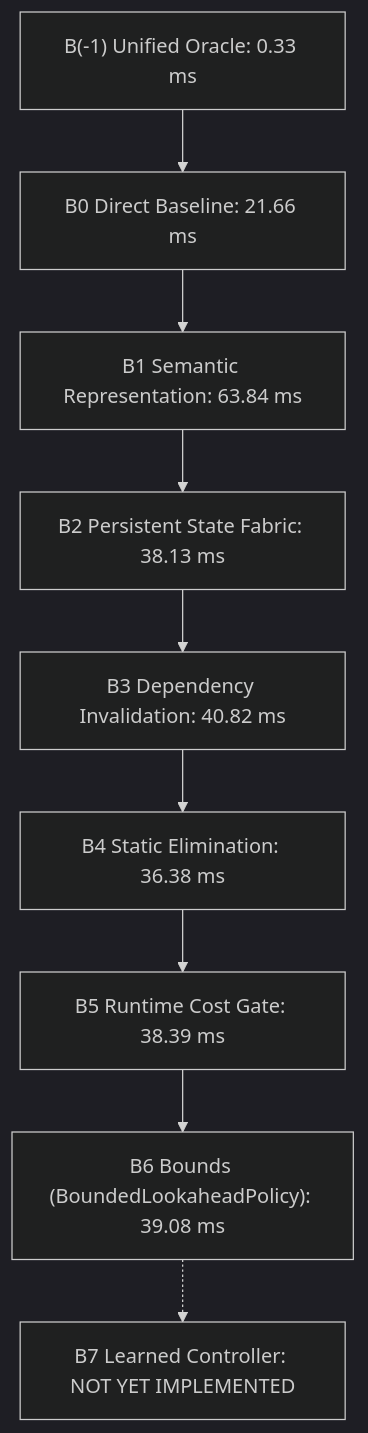
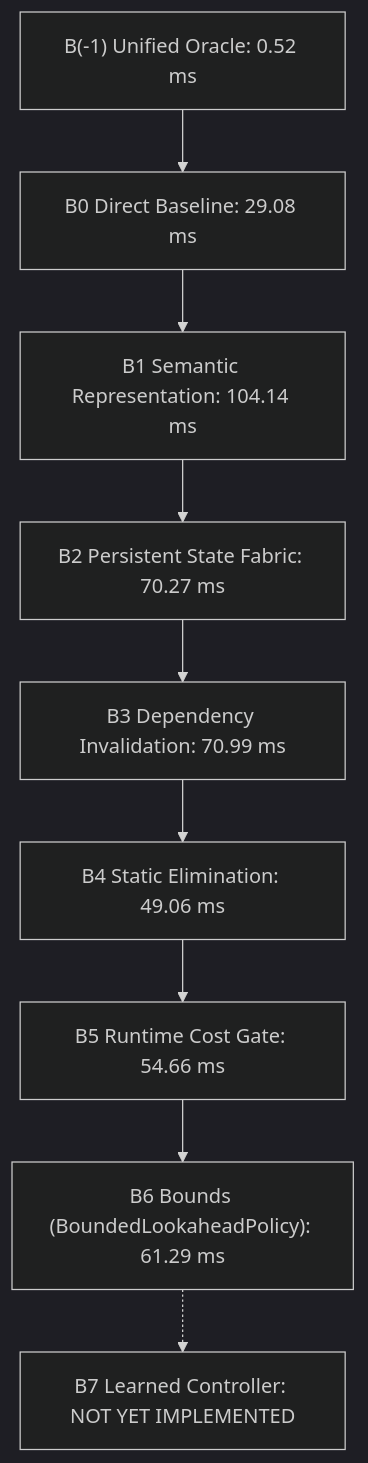
Before and after one commit to PrivateAccount-01/CNE: the second of 2 diagrams in docs/BENCHMARK_REPORT.md, drawn with Mermaid (dark theme). The commit also changed other lines of this file and 6 other files, not shown here.

````diff
--- a/docs/BENCHMARK_REPORT.md
+++ b/docs/BENCHMARK_REPORT.md
@@ -87,11 +88,11 @@
 ```mermaid
 graph TD
-    Bm1["B(-1) Unified Oracle: 0.33 ms"] --> B0["B0 Direct Baseline: 21.66 ms"]
-    B0 --> B1["B1 Semantic Representation: 63.84 ms"]
-    B1 --> B2["B2 Persistent State Fabric: 38.13 ms"]
-    B2 --> B3["B3 Dependency Invalidation: 40.82 ms"]
-    B3 --> B4["B4 Static Elimination: 36.38 ms"]
-    B4 --> B5["B5 Runtime Cost Gate: 38.39 ms"]
-    B5 --> B6["B6 Bounds (BoundedLookaheadPolicy): 39.08 ms"]
+    Bm1["B(-1) Unified Oracle: 0.52 ms"] --> B0["B0 Direct Baseline: 29.08 ms"]
+    B0 --> B1["B1 Semantic Representation: 104.14 ms"]
+    B1 --> B2["B2 Persistent State Fabric: 70.27 ms"]
+    B2 --> B3["B3 Dependency Invalidation: 70.99 ms"]
+    B3 --> B4["B4 Static Elimination: 49.06 ms"]
+    B4 --> B5["B5 Runtime Cost Gate: 54.66 ms"]
+    B5 --> B6["B6 Bounds (BoundedLookaheadPolicy): 61.29 ms"]
     B6 -.-> B7["B7 Learned Controller: NOT YET IMPLEMENTED"]
 ```
````
